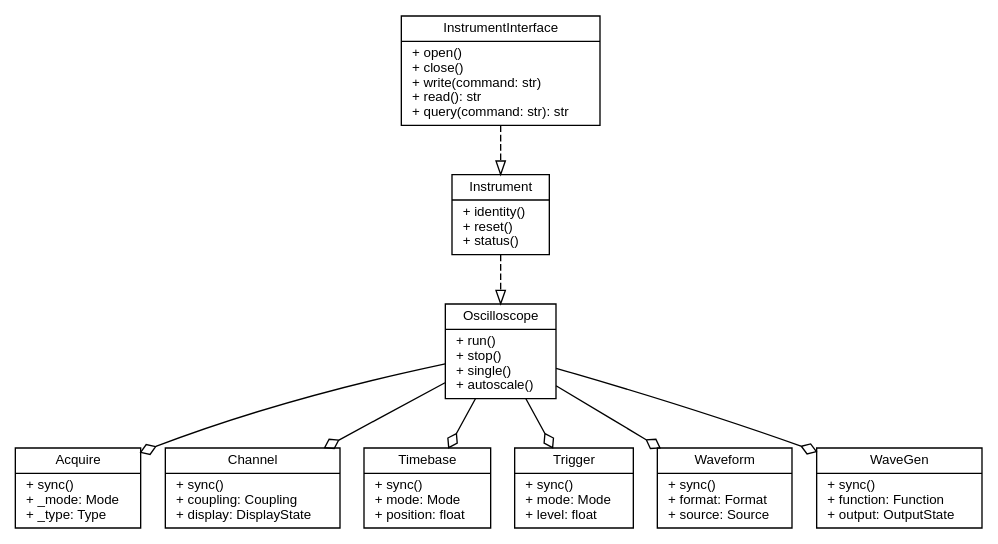
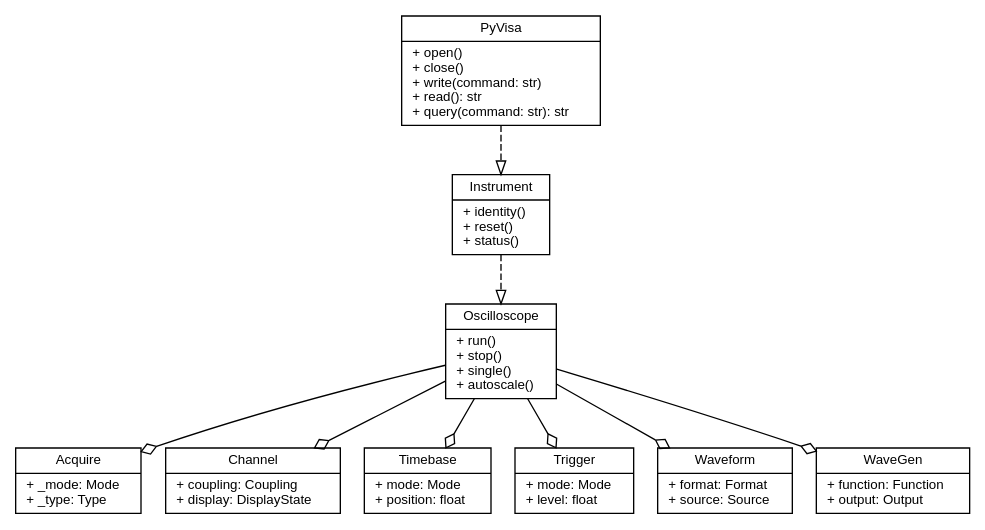
Before and after one commit to Spiryl/pymetr: the diagram in docs/oscilloscope.rst, drawn with Graphviz. The commit also changed other lines of this file and 32 other files, not shown here.

```diff
--- a/docs/oscilloscope.rst
+++ b/docs/oscilloscope.rst
@@ -10,30 +10,30 @@
 .. graphviz::
 
    digraph architecture {
       node [shape=record fontname=Helvetica fontsize=10];
       rankdir=UD;
       
-      InstrumentInterface [label="{InstrumentInterface|+ open()\l+ close()\l+ write(command: str)\l+ read(): str\l+ query(command: str): str\l}"];
+      PyVisa [label="{PyVisa|+ open()\l+ close()\l+ write(command: str)\l+ read(): str\l+ query(command: str): str\l}"];
       
       Instrument [label="{Instrument|+ identity()\l+ reset()\l+ status()\l}"];
       Oscilloscope [label="{Oscilloscope|+ run()\l+ stop()\l+ single()\l+ autoscale()\l}"];
       
-      Acquire [label="{Acquire|+ sync()\l+ _mode: Mode\l+ _type: Type\l}"];
-      Channel [label="{Channel|+ sync()\l+ coupling: Coupling\l+ display: DisplayState\l}"];
-      Timebase [label="{Timebase|+ sync()\l+ mode: Mode\l+ position: float\l}"];
-      Trigger [label="{Trigger|+ sync()\l+ mode: Mode\l+ level: float\l}"];
-      Waveform [label="{Waveform|+ sync()\l+ format: Format\l+ source: Source\l}"];
-      WaveGen [label="{WaveGen|+ sync()\l+ function: Function\l+ output: OutputState\l}"];
+      Acquire [label="{Acquire|+ _mode: Mode\l+ _type: Type\l}"];
+      Channel [label="{Channel|+ coupling: Coupling\l+ display: DisplayState\l}"];
+      Timebase [label="{Timebase|+ mode: Mode\l+ position: float\l}"];
+      Trigger [label="{Trigger|+ mode: Mode\l+ level: float\l}"];
+      Waveform [label="{Waveform|+ format: Format\l+ source: Source\l}"];
+      WaveGen [label="{WaveGen|+ function: Function\l+ output: Output\l}"];
       
-      InstrumentInterface -> Instrument [arrowhead="onormal", style="dashed"];
+      PyVisa -> Instrument [arrowhead="onormal", style="dashed"];
       Instrument -> Oscilloscope [arrowhead="onormal", style="dashed"];
       
       Oscilloscope -> Acquire [arrowhead="odiamond"];
       Oscilloscope -> Channel [arrowhead="odiamond"];
       Oscilloscope -> Timebase [arrowhead="odiamond"];
       Oscilloscope -> Trigger [arrowhead="odiamond"];
       Oscilloscope -> Waveform [arrowhead="odiamond"];
       Oscilloscope -> WaveGen [arrowhead="odiamond"];
       
       {rank=same; Acquire Channel Timebase Trigger Waveform WaveGen}
    }
```
